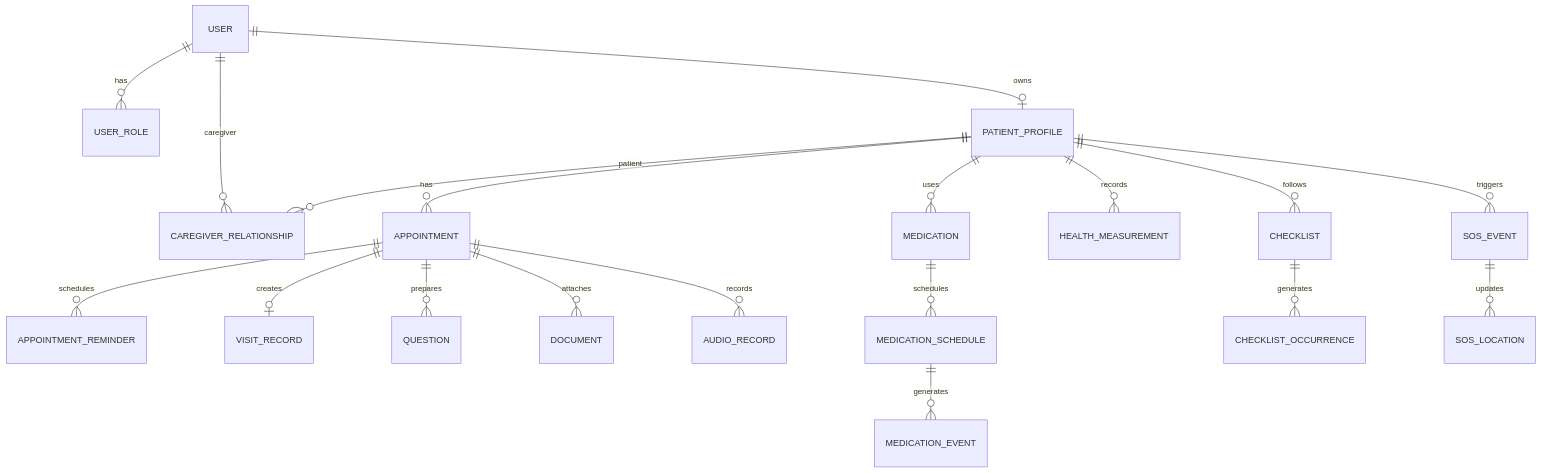
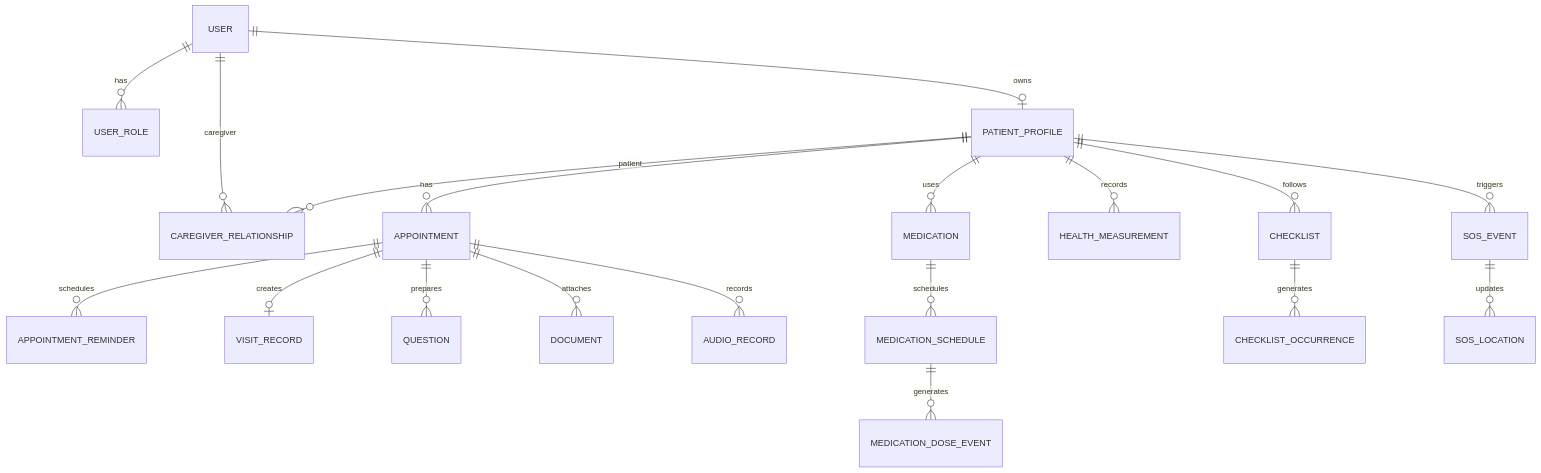
Before and after one commit to jariyahsoft/mo-nut: the diagram in docs/design/03-database-design.md, drawn with Mermaid. The commit also changed other lines of this file and 49 other files, not shown here.

````diff
--- a/docs/design/03-database-design.md
+++ b/docs/design/03-database-design.md
@@ -77,21 +83,21 @@
 ```mermaid
 erDiagram
   USER ||--o{ USER_ROLE : has
   USER ||--o| PATIENT_PROFILE : owns
   PATIENT_PROFILE ||--o{ CAREGIVER_RELATIONSHIP : patient
   USER ||--o{ CAREGIVER_RELATIONSHIP : caregiver
   PATIENT_PROFILE ||--o{ APPOINTMENT : has
   APPOINTMENT ||--o{ APPOINTMENT_REMINDER : schedules
   APPOINTMENT ||--o| VISIT_RECORD : creates
   APPOINTMENT ||--o{ QUESTION : prepares
   APPOINTMENT ||--o{ DOCUMENT : attaches
   APPOINTMENT ||--o{ AUDIO_RECORD : records
   PATIENT_PROFILE ||--o{ MEDICATION : uses
   MEDICATION ||--o{ MEDICATION_SCHEDULE : schedules
-  MEDICATION_SCHEDULE ||--o{ MEDICATION_EVENT : generates
+  MEDICATION_SCHEDULE ||--o{ MEDICATION_DOSE_EVENT : generates
   PATIENT_PROFILE ||--o{ HEALTH_MEASUREMENT : records
   PATIENT_PROFILE ||--o{ CHECKLIST : follows
   CHECKLIST ||--o{ CHECKLIST_OCCURRENCE : generates
   PATIENT_PROFILE ||--o{ SOS_EVENT : triggers
   SOS_EVENT ||--o{ SOS_LOCATION : updates
 ```
````
